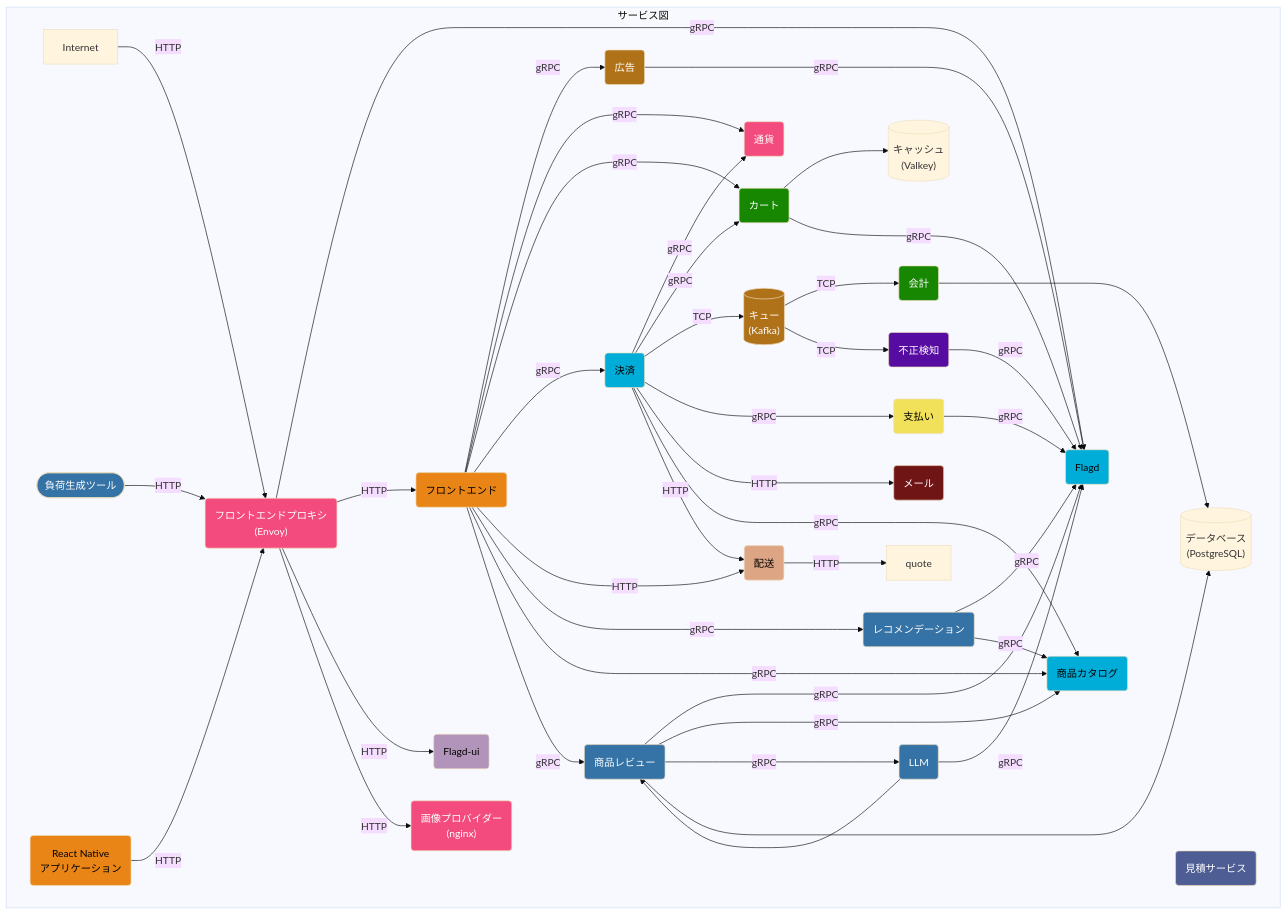
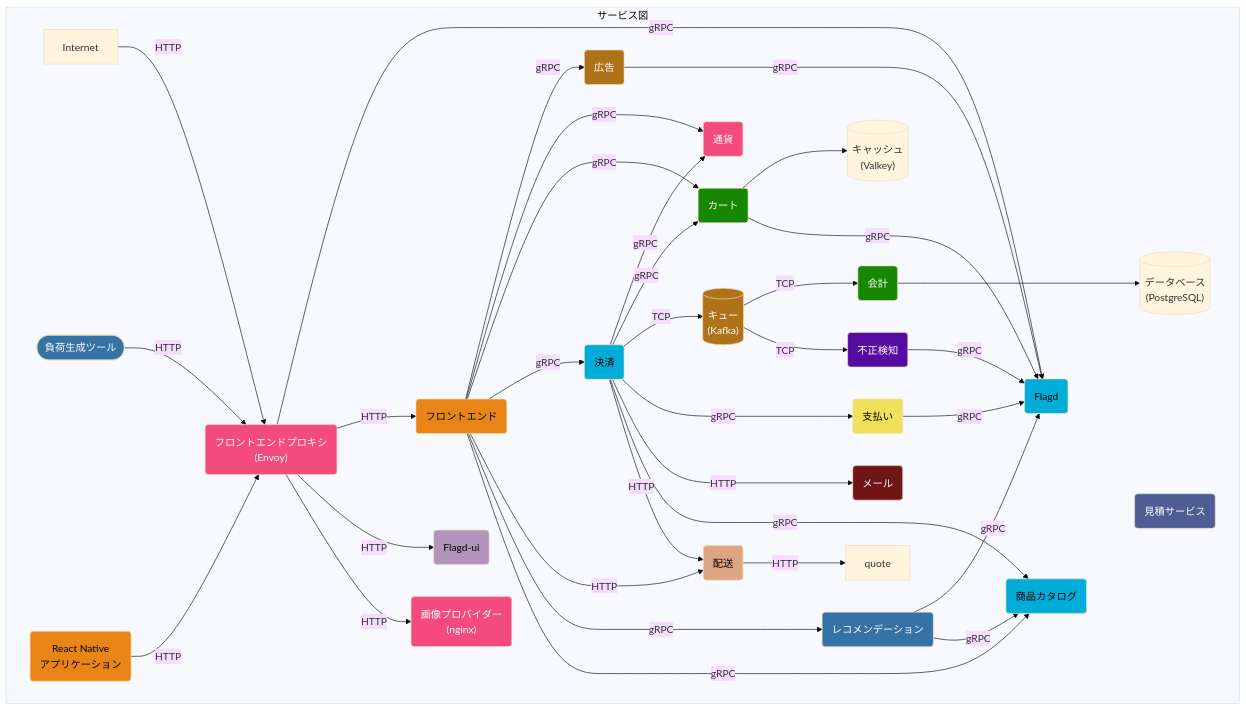
Before and after one commit to open-telemetry/opentelemetry.io: the first of 3 diagrams in content/ja/docs/demo/architecture.md, drawn with Mermaid (base theme). The commit also changed other lines of this file, not shown here.

Commit message:
[ja] update translation of content/en/docs/demo/architecture.md

```diff
--- a/content/ja/docs/demo/architecture.md
+++ b/content/ja/docs/demo/architecture.md
@@ -26,11 +25,9 @@
 frontend(フロントエンド):::typescript
 frontend-proxy(フロントエンドプロキシ <br/>&#40Envoy&#41):::cpp
 image-provider(画像プロバイダー <br/>&#40nginx&#41):::cpp
-llm(LLM):::python
 load-generator([負荷生成ツール]):::python
 payment(支払い):::javascript
 product-catalog(商品カタログ):::golang
-product-reviews(商品レビュー):::python
 quoteservice(見積サービス):::php
 recommendation(レコメンデーション):::python
 shipping(配送):::rust
@@ -63,22 +60,13 @@
 frontend -->|HTTP| shipping
 frontend ---->|gRPC| recommendation
 frontend -->|gRPC| product-catalog
-frontend -->|gRPC| product-reviews
 
 frontend-proxy -->|gRPC| flagd
 frontend-proxy -->|HTTP| frontend
 frontend-proxy -->|HTTP| flagd-ui
 frontend-proxy -->|HTTP| image-provider
 
-llm -->|gRPC| flagd
-llm ---> product-reviews
-
 payment -->|gRPC| flagd
-
-product-reviews -->|gRPC| flagd
-product-reviews -->|gRPC| product-catalog
-product-reviews -->|gRPC| llm
-product-reviews ---> postgresql
 
 queue -->|TCP| accounting
 queue -->|TCP| fraud-detection
```
